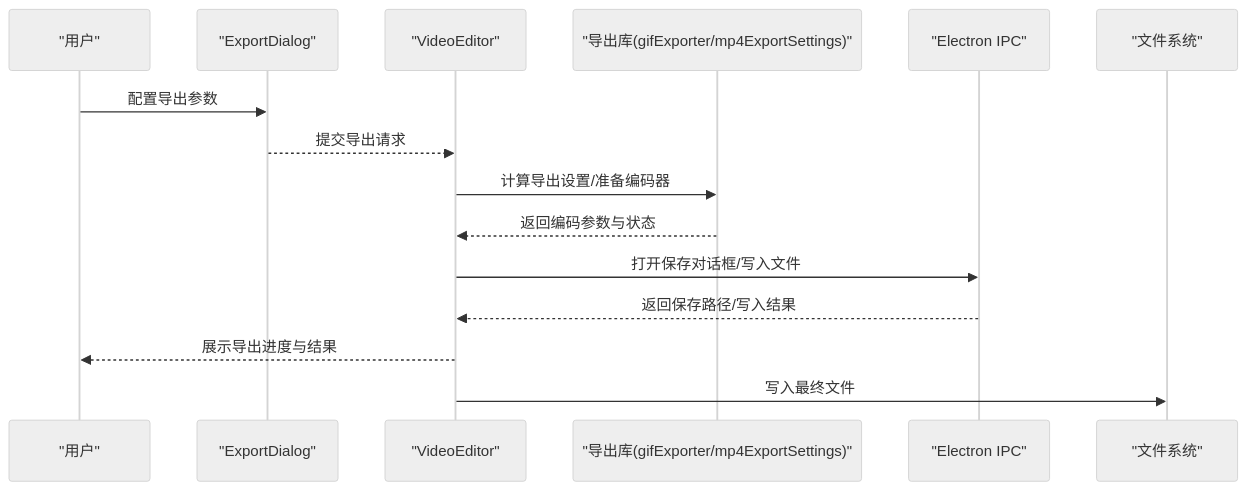
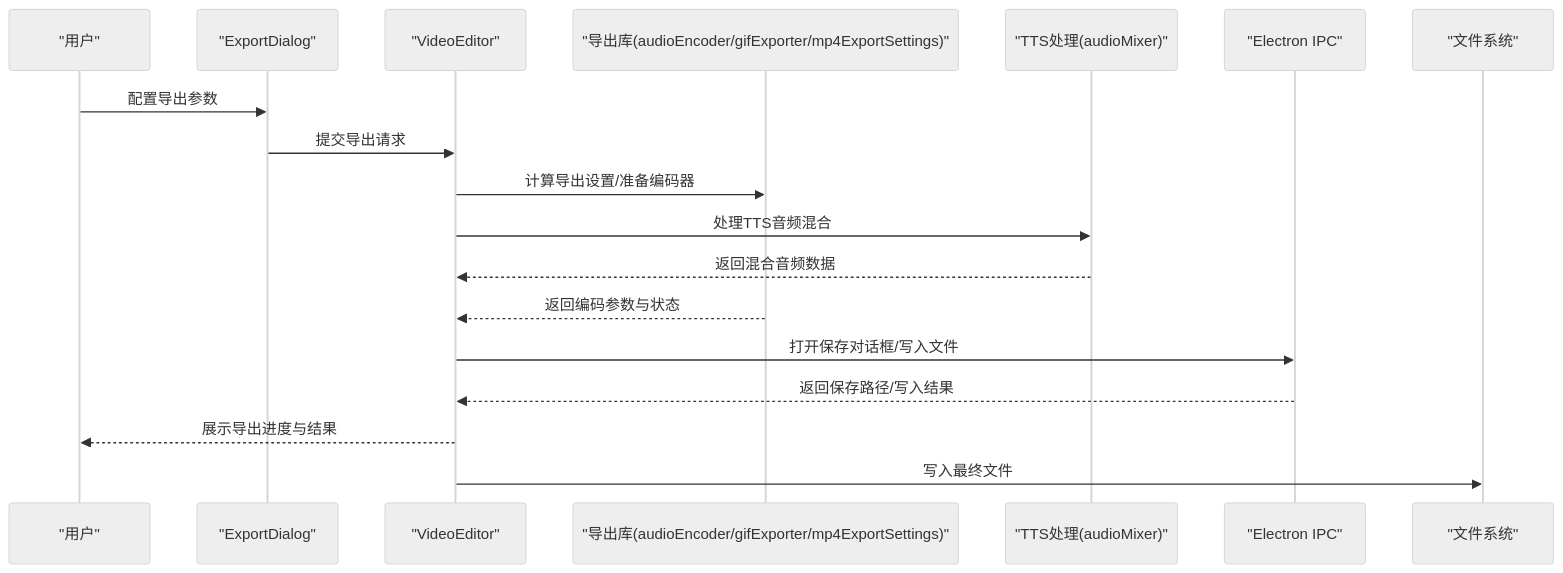
The second of 7 diagrams in .qoder/repowiki/zh/content/导出系统/导出系统.md (zhanggmin/openscreen), drawn with Mermaid (neutral theme) before and after one commit. The commit also changed other lines of this file and 68 other files, not shown here.

Commit message:
开发图文编辑功能

````diff
--- a/.qoder/repowiki/zh/content/导出系统/导出系统.md
+++ b/.qoder/repowiki/zh/content/导出系统/导出系统.md
@@ -95,17 +132,20 @@
 ```mermaid
 sequenceDiagram
 participant U as "用户"
 participant D as "ExportDialog"
 participant E as "VideoEditor"
-participant L as "导出库(gifExporter/mp4ExportSettings)"
+participant L as "导出库(audioEncoder/gifExporter/mp4ExportSettings)"
+participant T as "TTS处理(audioMixer)"
 participant P as "Electron IPC"
 participant FS as "文件系统"
 U->>D : 配置导出参数
-D-->>E : 提交导出请求
+D->>E : 提交导出请求
 E->>L : 计算导出设置/准备编码器
+E->>T : 处理TTS音频混合
+T-->>E : 返回混合音频数据
 L-->>E : 返回编码参数与状态
 E->>P : 打开保存对话框/写入文件
 P-->>E : 返回保存路径/写入结果
 E-->>U : 展示导出进度与结果
 E->>FS : 写入最终文件
 ```
````
